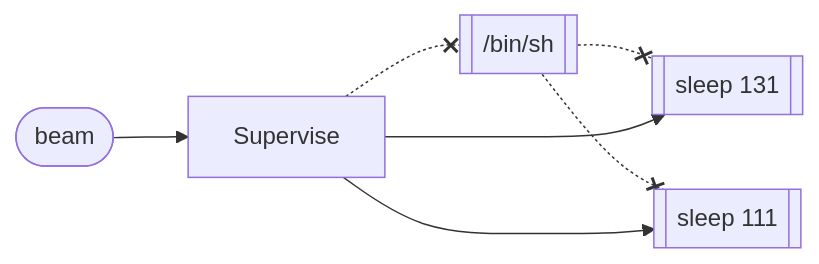
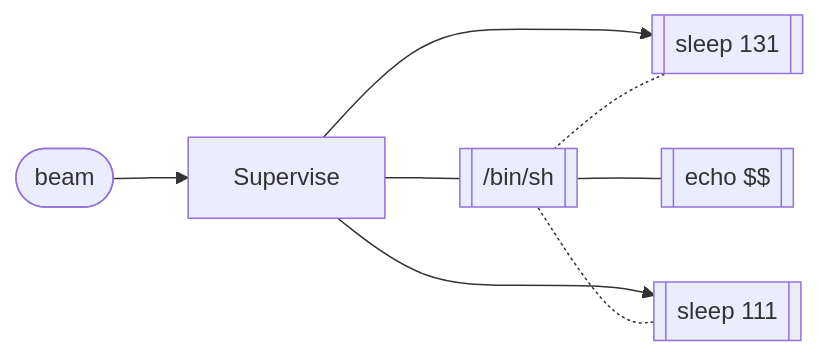
The fifth of 9 diagrams in README.md (msantos/stdio), drawn with Mermaid before and after one commit. The commit also changed 7 other files, not shown here.

````diff
--- a/README.md
+++ b/README.md
@@ -102,9 +102,10 @@
 ```mermaid
 graph LR
     B([beam]) -->S[Supervise]
-    S -.-x I[[/bin/sh]]
-    I -.-x C0[[sleep 131]]
-    I -.-x C1[[sleep 111]]
+    S --- I[[/bin/sh]]
+    I -.- C0[[sleep 131]]
+    I -.- C1[[sleep 111]]
+    I --- C2[[echo $$]]
     S --> C0
     S --> C1
 ```
````
